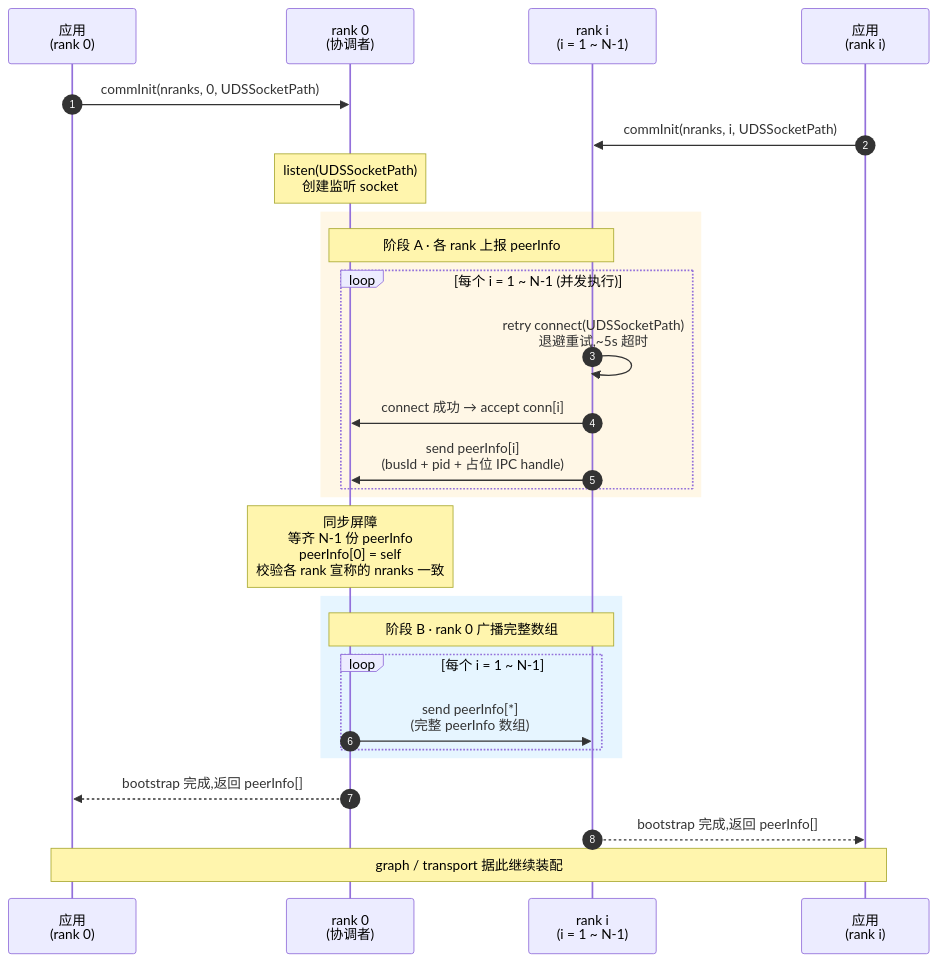
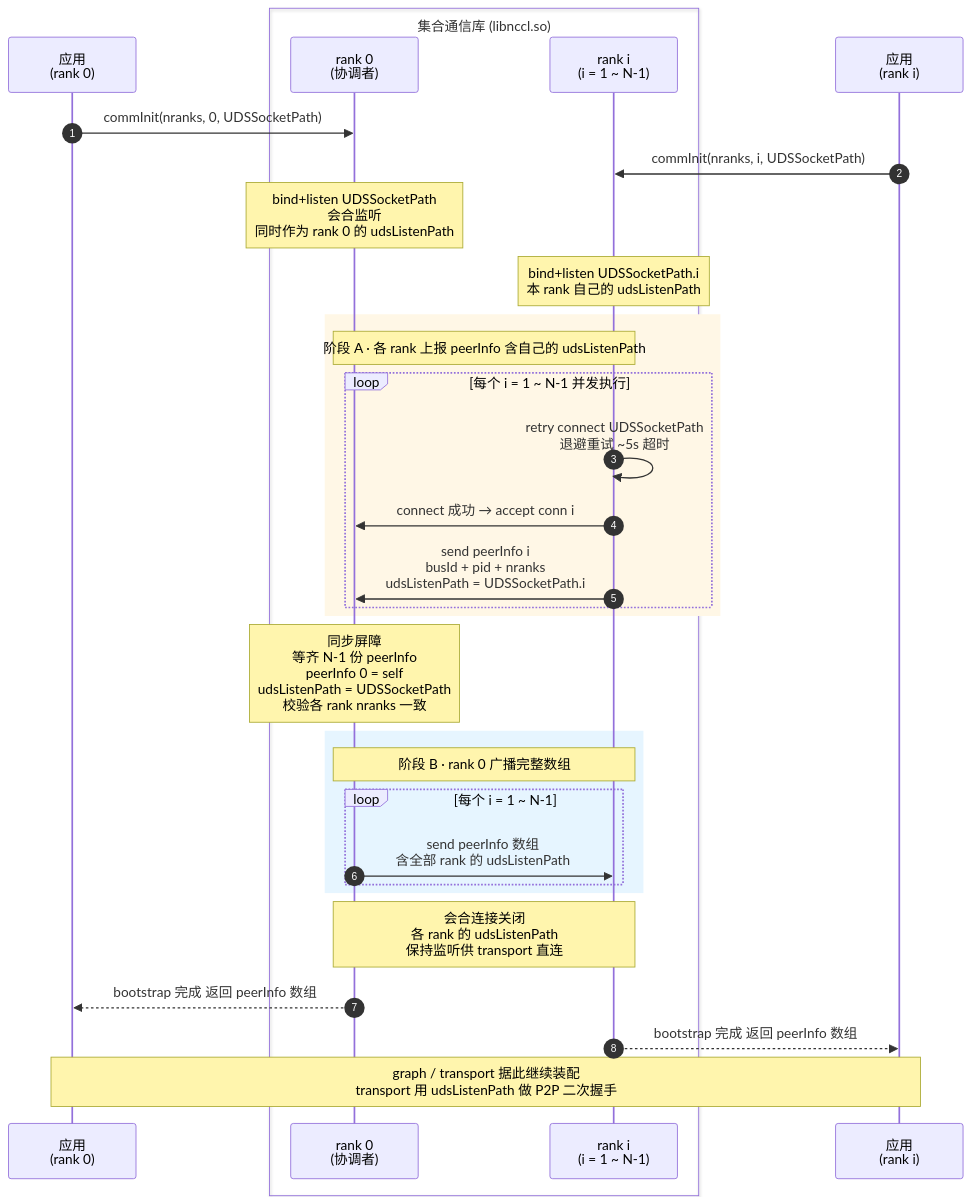
Before and after one commit to AaronYang238/nccl_doc: the second of 6 diagrams in allreduce-outline-design-v1.0/allreduce-outline-design-v1.0.md, drawn with Mermaid. The commit also changed other lines of this file and 2 other files, not shown here.

````diff
--- a/allreduce-outline-design-v1.0/allreduce-outline-design-v1.0.md
+++ b/allreduce-outline-design-v1.0/allreduce-outline-design-v1.0.md
@@ -187,36 +180,41 @@
 ```mermaid
 sequenceDiagram
     autonumber
     participant App0 as 应用<br/>(rank 0)
+    box 集合通信库 (libnccl.so)
     participant R0 as rank 0<br/>(协调者)
     participant Ri as rank i<br/>(i = 1 ~ N-1)
+    end
     participant AppI as 应用<br/>(rank i)
 
     App0->>R0: commInit(nranks, 0, UDSSocketPath)
     AppI->>Ri: commInit(nranks, i, UDSSocketPath)
 
-    Note over R0: listen(UDSSocketPath)<br/>创建监听 socket
+    Note over R0: bind+listen UDSSocketPath<br/>会合监听<br/>同时作为 rank 0 的 udsListenPath
+    Note over Ri: bind+listen UDSSocketPath.i<br/>本 rank 自己的 udsListenPath
 
     rect rgb(255, 247, 230)
-    Note over R0,Ri: 阶段 A · 各 rank 上报 peerInfo
-    loop 每个 i = 1 ~ N-1 (并发执行)
-        Ri->>Ri: retry connect(UDSSocketPath)<br/>退避重试,~5s 超时
-        Ri->>R0: connect 成功 → accept conn[i]
-        Ri->>R0: send peerInfo[i]<br/>(busId + pid + 占位 IPC handle)
+    Note over R0,Ri: 阶段 A · 各 rank 上报 peerInfo 含自己的 udsListenPath
+    loop 每个 i = 1 ~ N-1 并发执行
+        Ri->>Ri: retry connect UDSSocketPath<br/>退避重试 ~5s 超时
+        Ri->>R0: connect 成功 → accept conn i
+        Ri->>R0: send peerInfo i<br/>busId + pid + nranks<br/>udsListenPath = UDSSocketPath.i
     end
     end
 
-    Note over R0: 同步屏障<br/>等齐 N-1 份 peerInfo<br/>peerInfo[0] = self<br/>校验各 rank 宣称的 nranks 一致
+    Note over R0: 同步屏障<br/>等齐 N-1 份 peerInfo<br/>peerInfo 0 = self<br/>udsListenPath = UDSSocketPath<br/>校验各 rank nranks 一致
 
     rect rgb(230, 245, 255)
     Note over R0,Ri: 阶段 B · rank 0 广播完整数组
     loop 每个 i = 1 ~ N-1
-        R0->>Ri: send peerInfo[*]<br/>(完整 peerInfo 数组)
+        R0->>Ri: send peerInfo 数组<br/>含全部 rank 的 udsListenPath
     end
     end
 
-    R0-->>App0: bootstrap 完成,返回 peerInfo[]
-    Ri-->>AppI: bootstrap 完成,返回 peerInfo[]
+    Note over R0,Ri: 会合连接关闭<br/>各 rank 的 udsListenPath<br/>保持监听供 transport 直连
 
-    Note over App0,AppI: graph / transport 据此继续装配
+    R0-->>App0: bootstrap 完成 返回 peerInfo 数组
+    Ri-->>AppI: bootstrap 完成 返回 peerInfo 数组
+
+    Note over App0,AppI: graph / transport 据此继续装配<br/>transport 用 udsListenPath 做 P2P 二次握手
 ```
````
